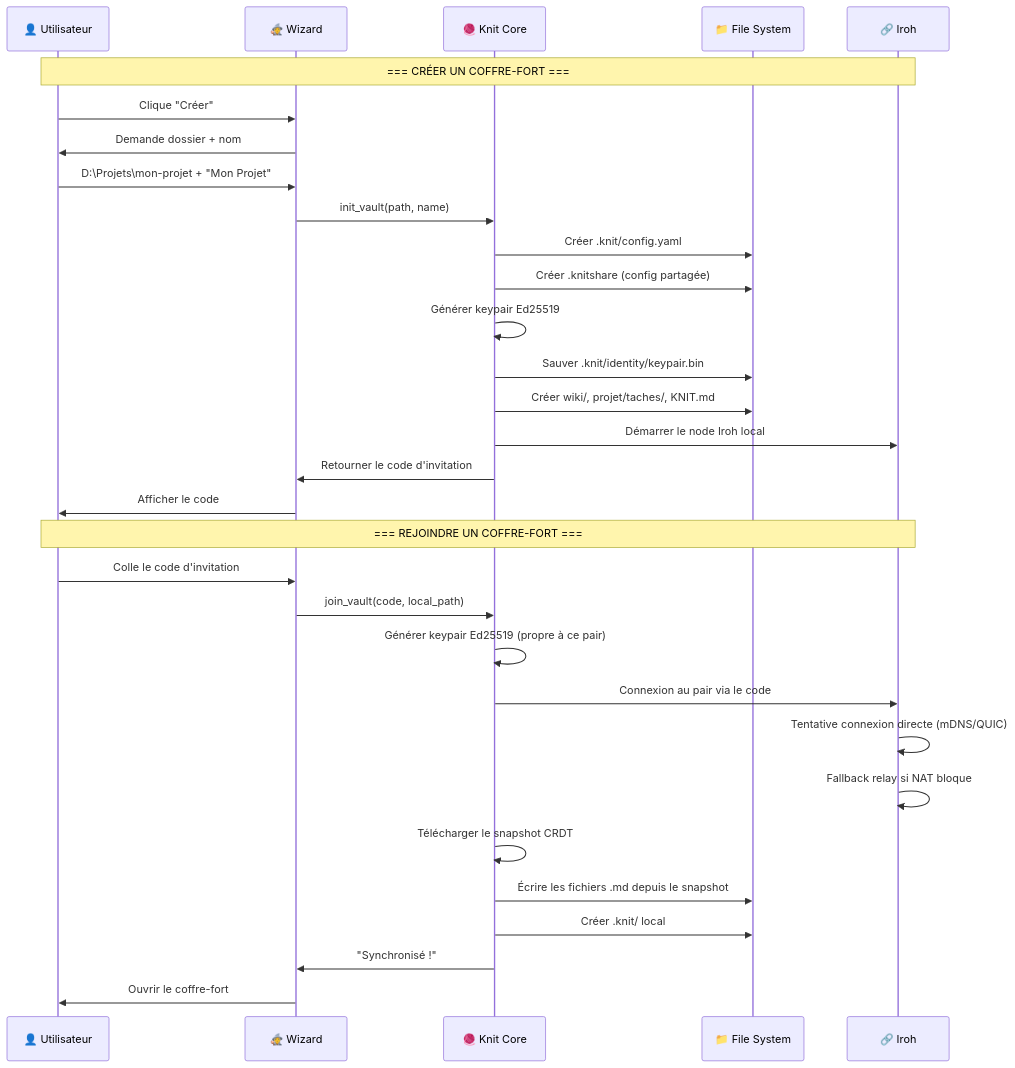
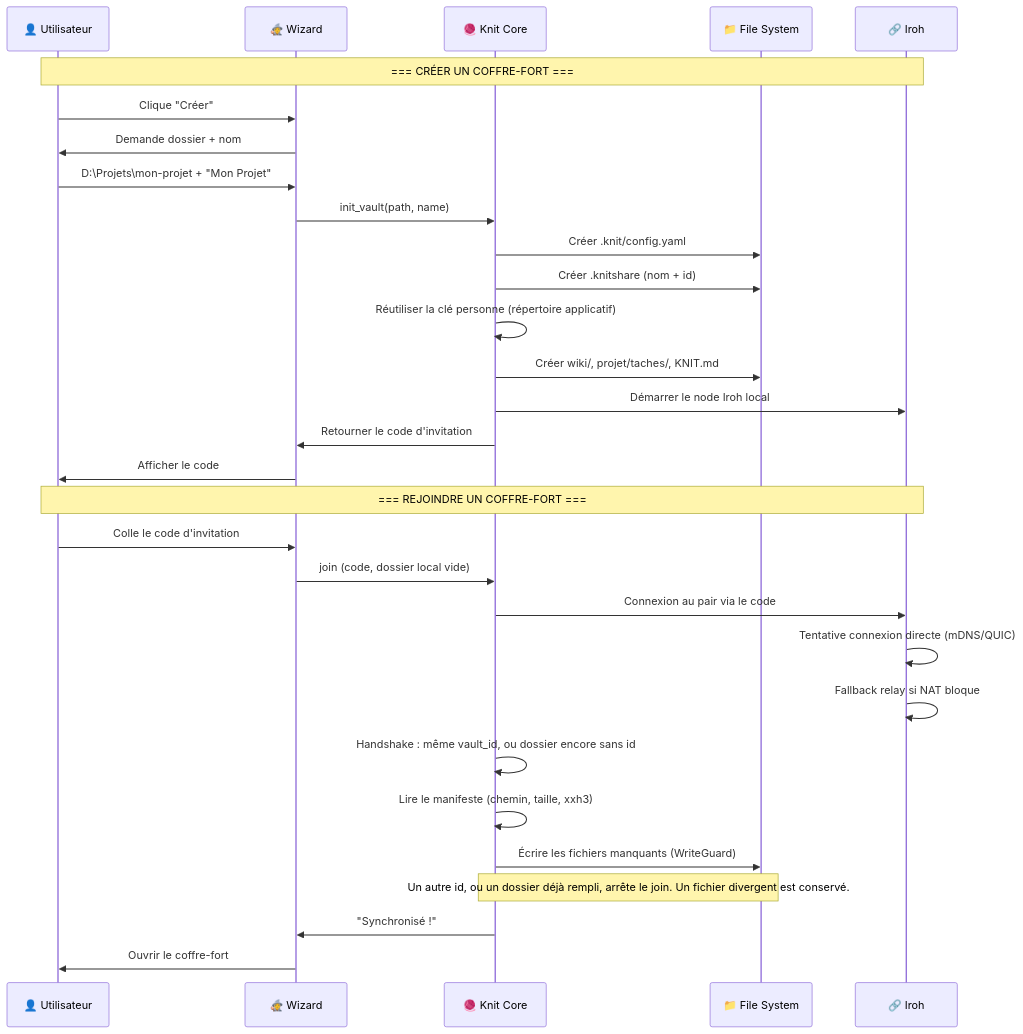
Before and after one commit to Domaine-Tech/knit: the eighth of 8 diagrams in docs/SOLUTIONS.md, drawn with Mermaid. The commit also changed other lines of this file and 12 other files, not shown here.

````diff
--- a/docs/SOLUTIONS.md
+++ b/docs/SOLUTIONS.md
@@ -606,39 +605,37 @@
 ```mermaid
 sequenceDiagram
     participant U as 👤 Utilisateur
     participant W as 🧙 Wizard
     participant K as 🧶 Knit Core
     participant FS as 📁 File System
     participant I as 🔗 Iroh
 
     Note over U,I: === CRÉER UN COFFRE-FORT ===
 
     U->>W: Clique "Créer"
     W->>U: Demande dossier + nom
     U->>W: D:\Projets\mon-projet + "Mon Projet"
     
     W->>K: init_vault(path, name)
     K->>FS: Créer .knit/config.yaml
-    K->>FS: Créer .knitshare (config partagée)
-    K->>K: Générer keypair Ed25519
-    K->>FS: Sauver .knit/identity/keypair.bin
+    K->>FS: Créer .knitshare (nom + id)
+    K->>K: Réutiliser la clé personne (répertoire applicatif)
     K->>FS: Créer wiki/, projet/taches/, KNIT.md
     K->>I: Démarrer le node Iroh local
     K->>W: Retourner le code d'invitation
     W->>U: Afficher le code
 
     Note over U,I: === REJOINDRE UN COFFRE-FORT ===
 
     U->>W: Colle le code d'invitation
-    W->>K: join_vault(code, local_path)
-    K->>K: Générer keypair Ed25519 (propre à ce pair)
+    W->>K: join (code, dossier local vide)
     K->>I: Connexion au pair via le code
     I->>I: Tentative connexion directe (mDNS/QUIC)
     I->>I: Fallback relay si NAT bloque
-
-    K->>K: Télécharger le snapshot CRDT
-    K->>FS: Écrire les fichiers .md depuis le snapshot
-    K->>FS: Créer .knit/ local
+    K->>K: Handshake : même vault_id, ou dossier encore sans id
+    K->>K: Lire le manifeste (chemin, taille, xxh3)
+    K->>FS: Écrire les fichiers manquants (WriteGuard)
+    Note over K,FS: Un autre id, ou un dossier déjà rempli, arrête le join. Un fichier divergent est conservé.
     K->>W: "Synchronisé !"
     W->>U: Ouvrir le coffre-fort
 ```
````
